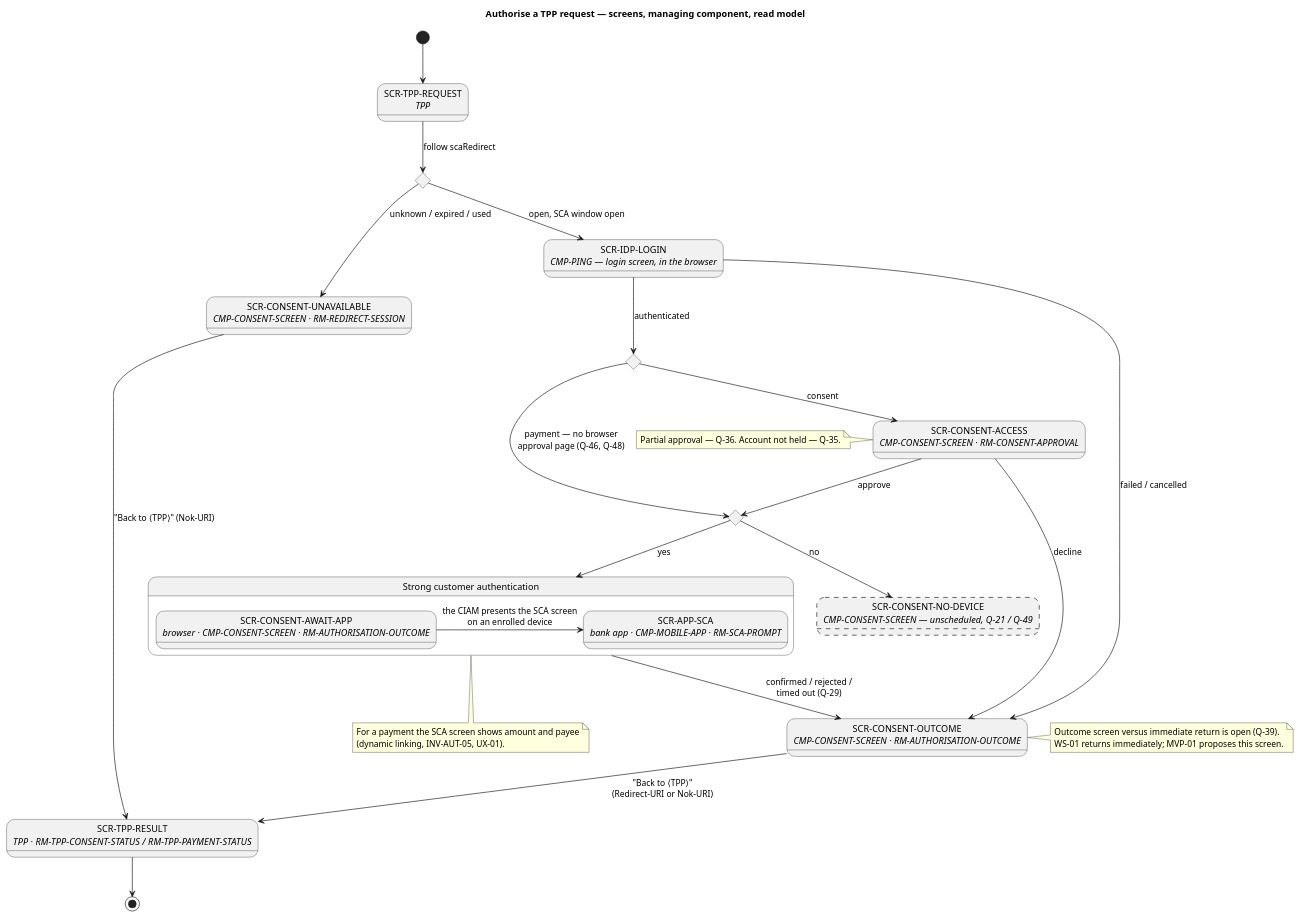
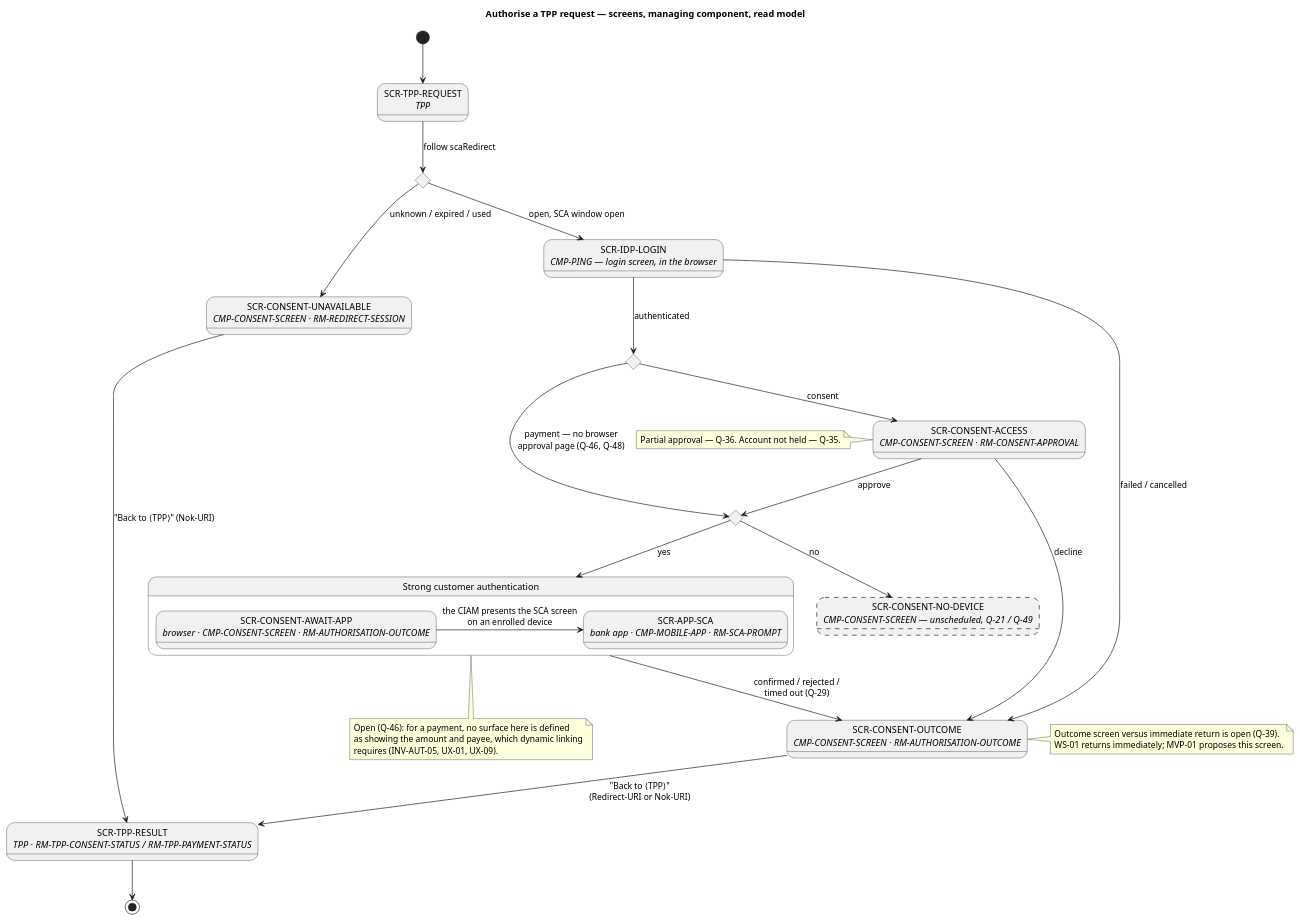
The diagram in docs/system/uml/ux/authorisation-screen-flow.puml (vondacho/psd2-sandbox), drawn with PlantUML before and after one commit. The commit also changed 38 other files, not shown here.

```diff
--- a/docs/system/uml/ux/authorisation-screen-flow.puml
+++ b/docs/system/uml/ux/authorisation-screen-flow.puml
@@ -1,53 +1,54 @@
 @startuml authorisation-screen-flow
 ' Screen flow — authorise a TPP request (consent or payment). PROPOSAL, AI.
-' Iteration 4 (SRC-ADR 7ed3eb1): three surfaces — the IDP login screen (Ping), the consent screen
-' (provider D-01) and the SCA screen in the bank app, presented on demand by the CIAM on an enrolled
-' device. A payment has no browser approval page: it is approved on the SCA screen (Q-46, Q-48).
+' Three surfaces (SRC-ADR): the IDP login screen, the consent screen (managed by the Bank ASPSP)
+' and the SCA screen in the bank app, presented by the CIAM on the enrolled device, where the PSU
+' confirms his identity. Where a payment's amount and payee are shown is not defined (Q-46, Q-48).
 ' Screens (SCR-*) and read models (RM-*) are defined in docs/journeys/service-blueprint.md.
 title Authorise a TPP request — screens, managing component, read model
 
 state "SCR-TPP-REQUEST\n<i>TPP</i>" as TppReq
 state "Redirect token valid?" as Link <<choice>>
 state "SCR-CONSENT-UNAVAILABLE\n<i>CMP-CONSENT-SCREEN · RM-REDIRECT-SESSION</i>" as Unavailable
 state "SCR-IDP-LOGIN\n<i>CMP-PING — login screen, in the browser</i>" as Login
 state "Purpose" as Purpose <<choice>>
 state "SCR-CONSENT-ACCESS\n<i>CMP-CONSENT-SCREEN · RM-CONSENT-APPROVAL</i>" as Access
 state "Enrolled device?" as HasDevice <<choice>>
 state "SCR-CONSENT-NO-DEVICE\n<i>CMP-CONSENT-SCREEN — unscheduled, Q-21 / Q-49</i>" as NoDevice #line.dashed
 state "Strong customer authentication" as SCA {
   state "SCR-CONSENT-AWAIT-APP\n<i>browser · CMP-CONSENT-SCREEN · RM-AUTHORISATION-OUTCOME</i>" as Await
   state "SCR-APP-SCA\n<i>bank app · CMP-MOBILE-APP · RM-SCA-PROMPT</i>" as AppSca
   Await -right-> AppSca : the CIAM presents the SCA screen\non an enrolled device
 }
 state "SCR-CONSENT-OUTCOME\n<i>CMP-CONSENT-SCREEN · RM-AUTHORISATION-OUTCOME</i>" as Outcome
 state "SCR-TPP-RESULT\n<i>TPP · RM-TPP-CONSENT-STATUS / RM-TPP-PAYMENT-STATUS</i>" as TppResult
 
 [*] --> TppReq
 TppReq --> Link : follow scaRedirect
 Link --> Login : open, SCA window open
 Link --> Unavailable : unknown / expired / used
 Login --> Purpose : authenticated
 Login --> Outcome : failed / cancelled
 Purpose --> Access : consent
 Purpose --> HasDevice : payment — no browser\napproval page (Q-46, Q-48)
 Access --> HasDevice : approve
 Access --> Outcome : decline
 HasDevice --> SCA : yes
 HasDevice --> NoDevice : no
 SCA --> Outcome : confirmed / rejected /\ntimed out (Q-29)
 Outcome --> TppResult : "Back to ⟨TPP⟩"\n(Redirect-URI or Nok-URI)
 Unavailable --> TppResult : "Back to ⟨TPP⟩" (Nok-URI)
 TppResult --> [*]
 
 note right of Outcome
   Outcome screen versus immediate return is open (Q-39).
   WS-01 returns immediately; MVP-01 proposes this screen.
 end note
 note left of Access
   Partial approval — Q-36. Account not held — Q-35.
 end note
 note bottom of SCA
-  For a payment the SCA screen shows amount and payee
-  (dynamic linking, INV-AUT-05, UX-01).
+  Open (Q-46): for a payment, no surface here is defined
+  as showing the amount and payee, which dynamic linking
+  requires (INV-AUT-05, UX-01, UX-09).
 end note
 @enduml
```
